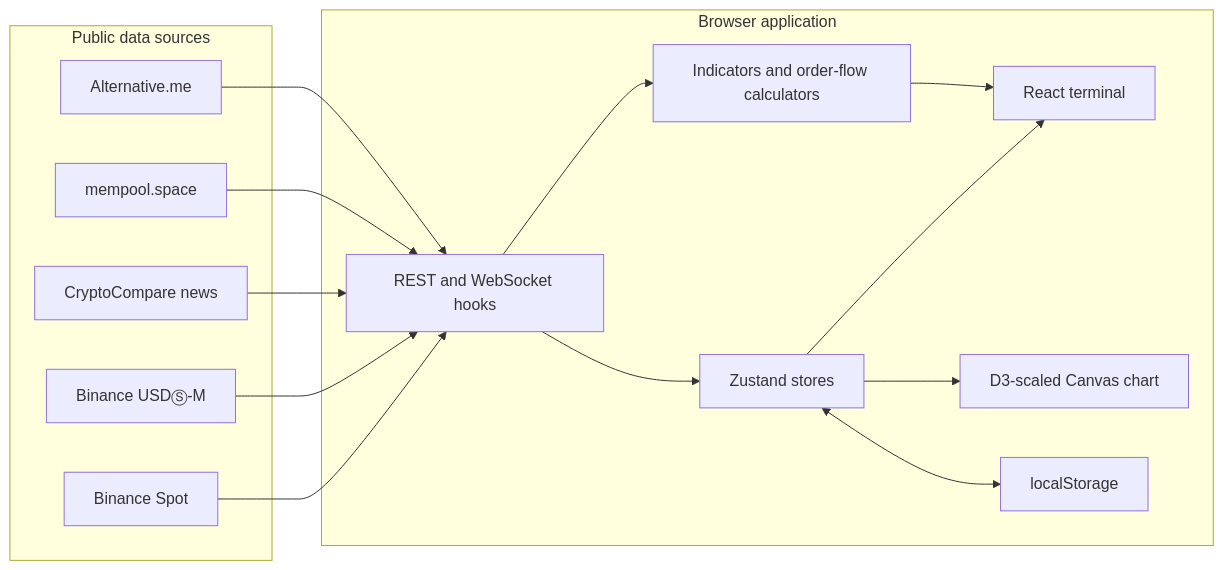
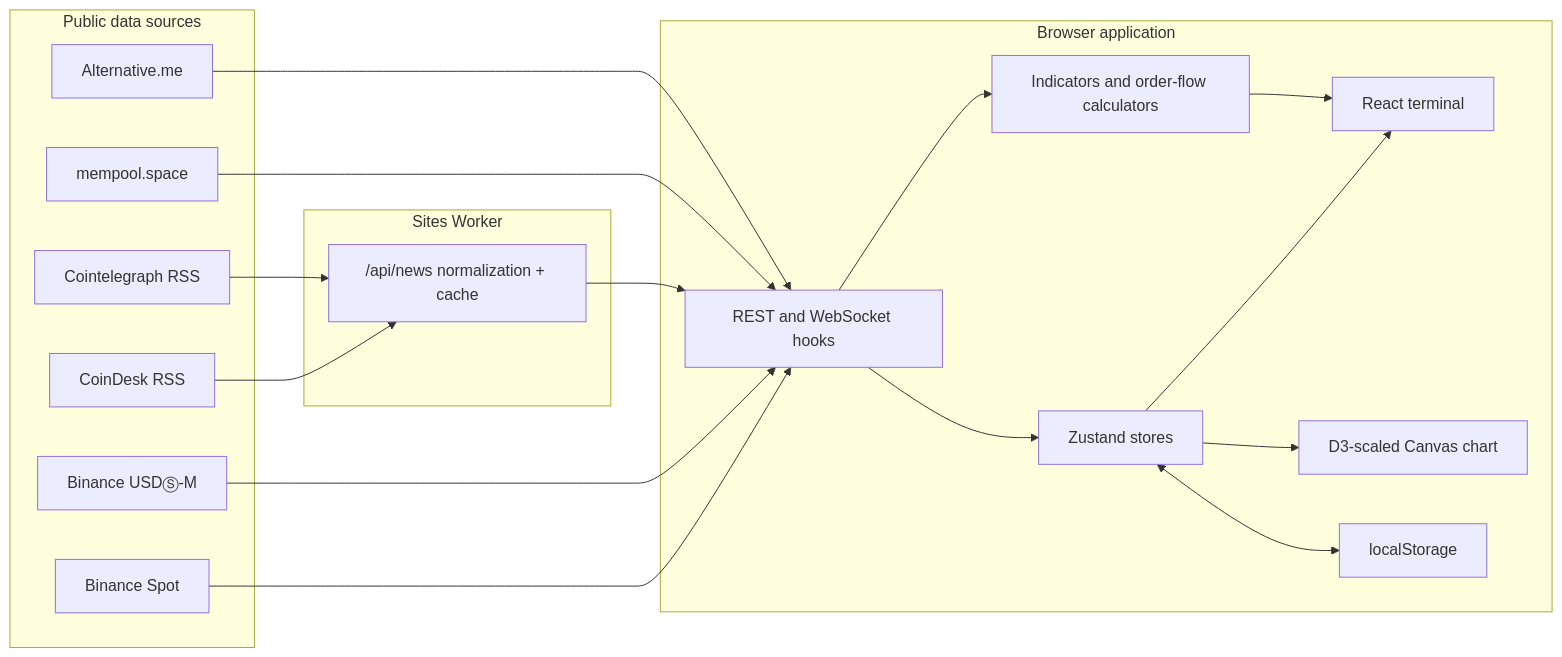
One commit to JWHaan/quant.term changed the first of 2 diagrams in ARCHITECTURE.md. Above: the diagram before and after it, drawn with Mermaid. The commit also changed other lines of this file and 36 other files, not shown here.

````diff
--- a/ARCHITECTURE.md
+++ b/ARCHITECTURE.md
@@ -7,31 +7,38 @@
 ```mermaid
 flowchart LR
     subgraph Sources["Public data sources"]
         BS["Binance Spot"]
         BF["Binance USDⓈ-M"]
-        CC["CryptoCompare news"]
+        CD["CoinDesk RSS"]
+        CT["Cointelegraph RSS"]
         MP["mempool.space"]
         FG["Alternative.me"]
+    end
+
+    subgraph Edge["Sites Worker"]
+        News["/api/news normalization + cache"]
     end
 
     subgraph Browser["Browser application"]
         Feeds["REST and WebSocket hooks"]
         Stores["Zustand stores"]
         Calc["Indicators and order-flow calculators"]
         UI["React terminal"]
         Chart["D3-scaled Canvas chart"]
         Local["localStorage"]
     end
 
     BS --> Feeds
     BF --> Feeds
-    CC --> Feeds
+    CD --> News
+    CT --> News
+    News --> Feeds
     MP --> Feeds
     FG --> Feeds
     Feeds --> Stores
     Feeds --> Calc
     Stores --> UI
     Calc --> UI
     Stores --> Chart
     Stores <--> Local
 ```
````
